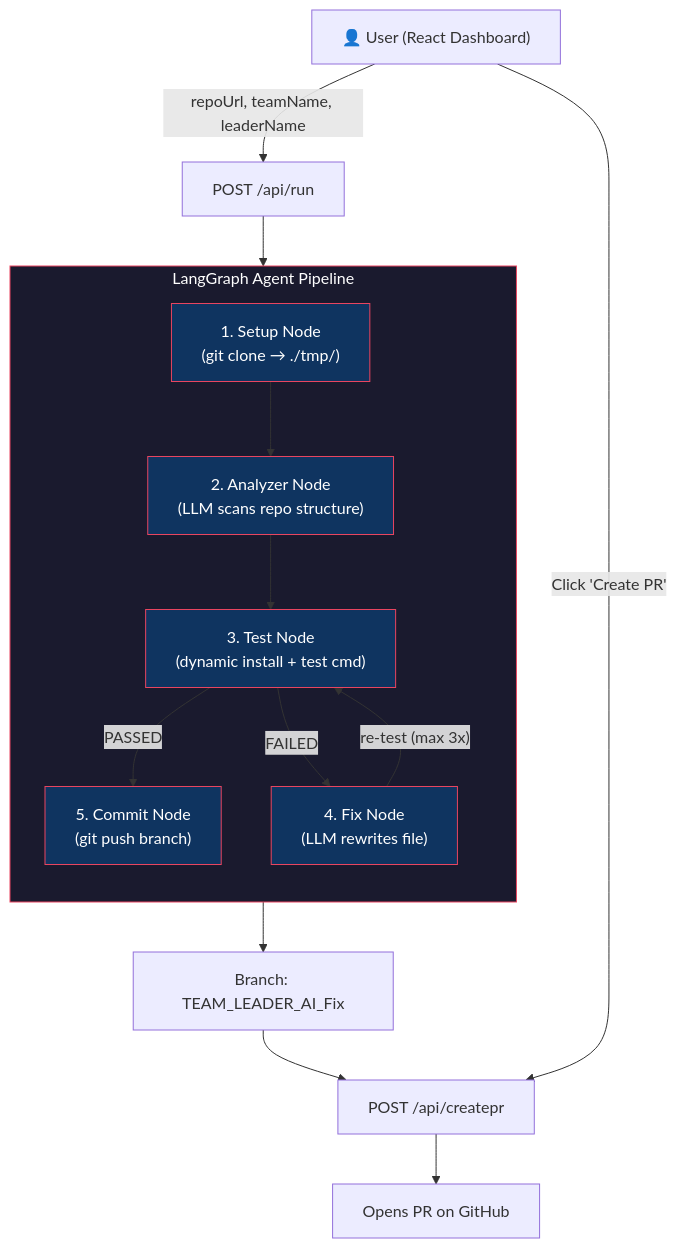
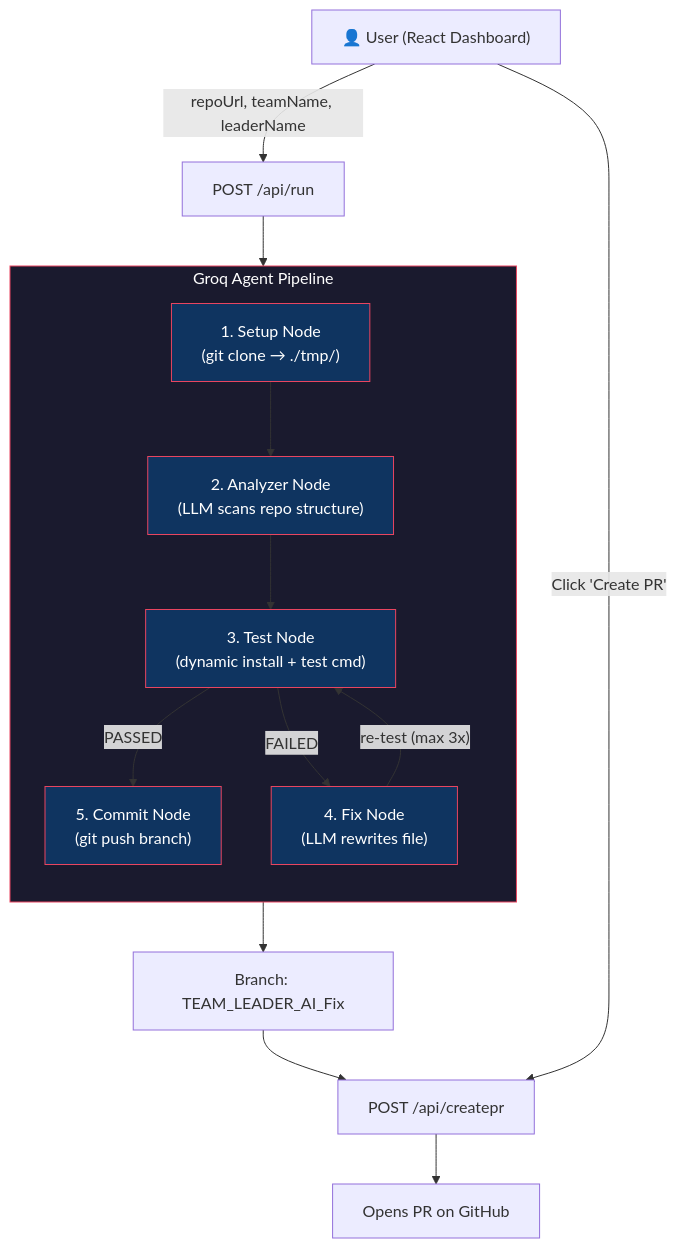
Before and after one commit to tejaxhvi/RIFT26: the diagram in README.md, drawn with Mermaid. The commit also changed other lines of this file and 9 other files, not shown here.

````diff
--- a/README.md
+++ b/README.md
@@ -16,27 +16,27 @@
 ```mermaid
 graph TD
     A["👤 User (React Dashboard)"] -->|"repoUrl, teamName, leaderName"| B["POST /api/run"]
     B --> C["LangGraph Agent Pipeline"]
 
-    subgraph C["LangGraph Agent Pipeline"]
+    subgraph C["Groq Agent Pipeline"]
         direction TB
         D["1. Setup Node\n(git clone → ./tmp/)"] --> E["2. Analyzer Node\n(LLM scans repo structure)"]
         E --> F["3. Test Node\n(dynamic install + test cmd)"]
         F -->|PASSED| H["5. Commit Node\n(git push branch)"]
         F -->|FAILED| G["4. Fix Node\n(LLM rewrites file)"]
         G -->|"re-test (max 3x)"| F
     end
 
     H --> I["Branch: TEAM_LEADER_AI_Fix"]
     I --> J["POST /api/createpr"]
     J --> K["Opens PR on GitHub"]
 
     A -->|"Click 'Create PR'"| J
 
     style C fill:#1a1a2e,stroke:#e94560,color:#fff
     style D fill:#0f3460,stroke:#e94560,color:#fff
     style E fill:#0f3460,stroke:#e94560,color:#fff
     style F fill:#0f3460,stroke:#e94560,color:#fff
     style G fill:#0f3460,stroke:#e94560,color:#fff
     style H fill:#0f3460,stroke:#e94560,color:#fff
 ```
````
